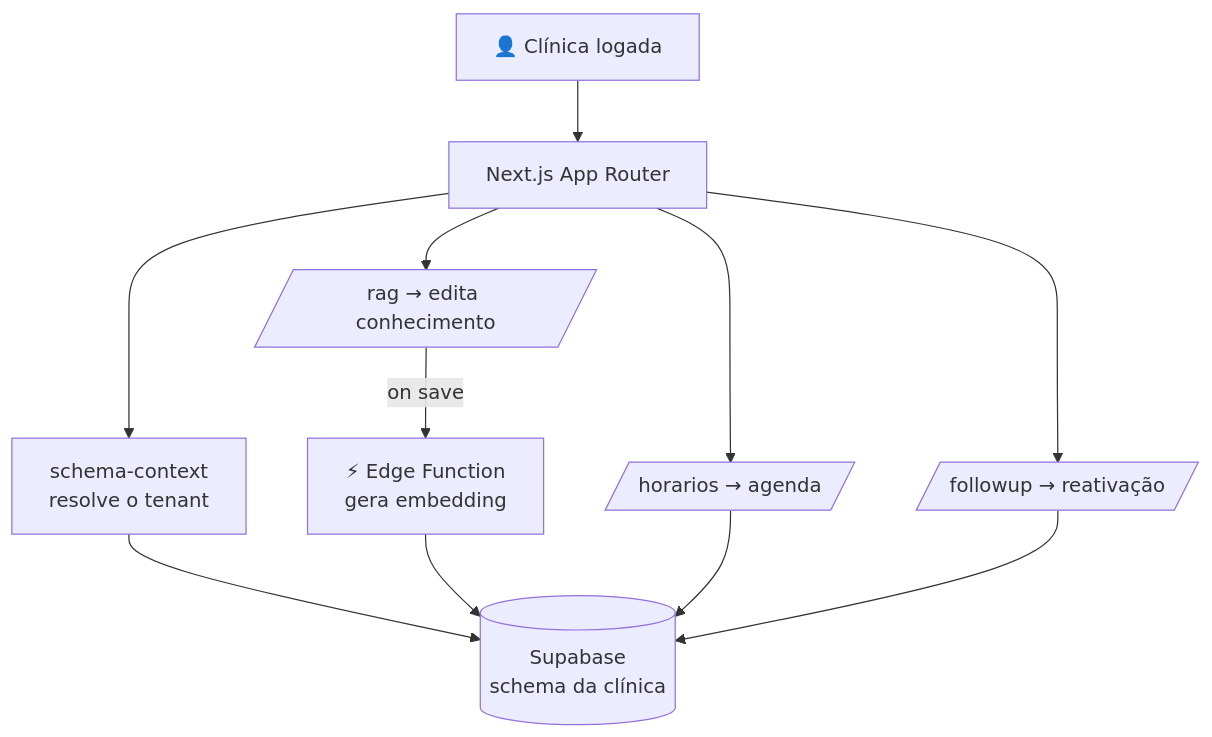
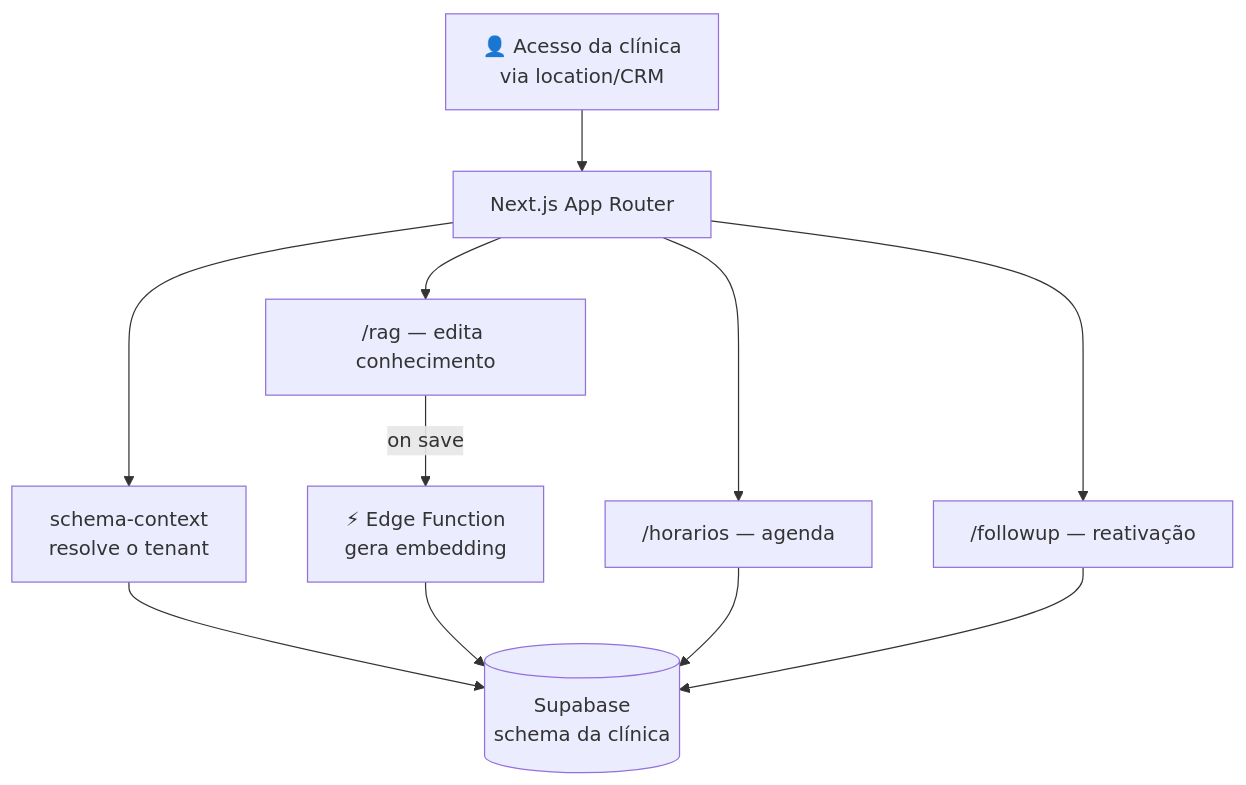
One commit to iTristaoo/multitenant-clinic-dashboard changed the diagram in README.md. Above: the diagram before and after it, drawn with Mermaid. The commit also changed other lines of this file, not shown here.

Commit message:
docs: review fixes — honestidade, CTA, anonimização e mermaid

````diff
--- a/README.md
+++ b/README.md
@@ -40,13 +41,13 @@
 ```mermaid
 flowchart TD
-    USER[👤 Clínica logada] --> APP[Next.js App Router]
+    USER[👤 Acesso da clínica<br/>via location/CRM] --> APP[Next.js App Router]
     APP --> CTX[schema-context<br/>resolve o tenant]
     CTX --> SB[(Supabase<br/>schema da clínica)]
-    APP --> RAG[/rag → edita conhecimento/]
-    APP --> HOR[/horarios → agenda/]
-    APP --> FUP[/followup → reativação/]
+    APP --> RAG["/rag — edita conhecimento"]
+    APP --> HOR["/horarios — agenda"]
+    APP --> FUP["/followup — reativação"]
     RAG -->|on save| EMB[⚡ Edge Function<br/>gera embedding]
     EMB --> SB
     HOR --> SB
     FUP --> SB
 ```
````
